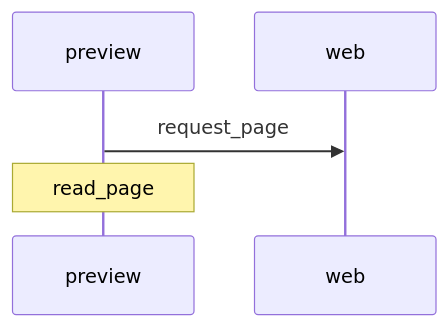
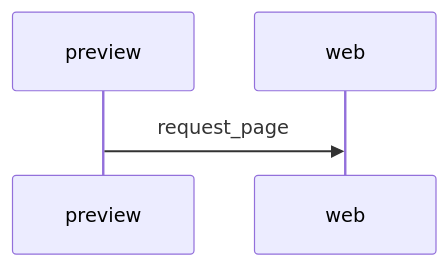
One commit to rabalyn/shale changed the diagram in docs/dataflow/link-preview.md. Above: the diagram before and after it, drawn with Mermaid. The commit also changed 9 other files, not shown here.

First line of the commit message:
Dataflow vault internals: one flow per operation (recovery, data usage), no step without a boundary (DEV-031)

````diff
--- a/docs/dataflow/link-preview.md
+++ b/docs/dataflow/link-preview.md
@@ -8,7 +8,6 @@
 ```mermaid
 sequenceDiagram
     participant preview
     participant web
     preview->>web: request_page
-    Note over preview: read_page
 ```
````
